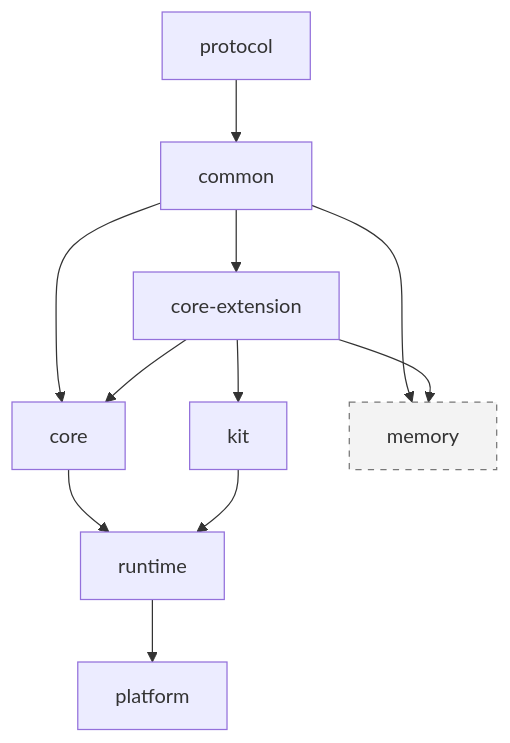
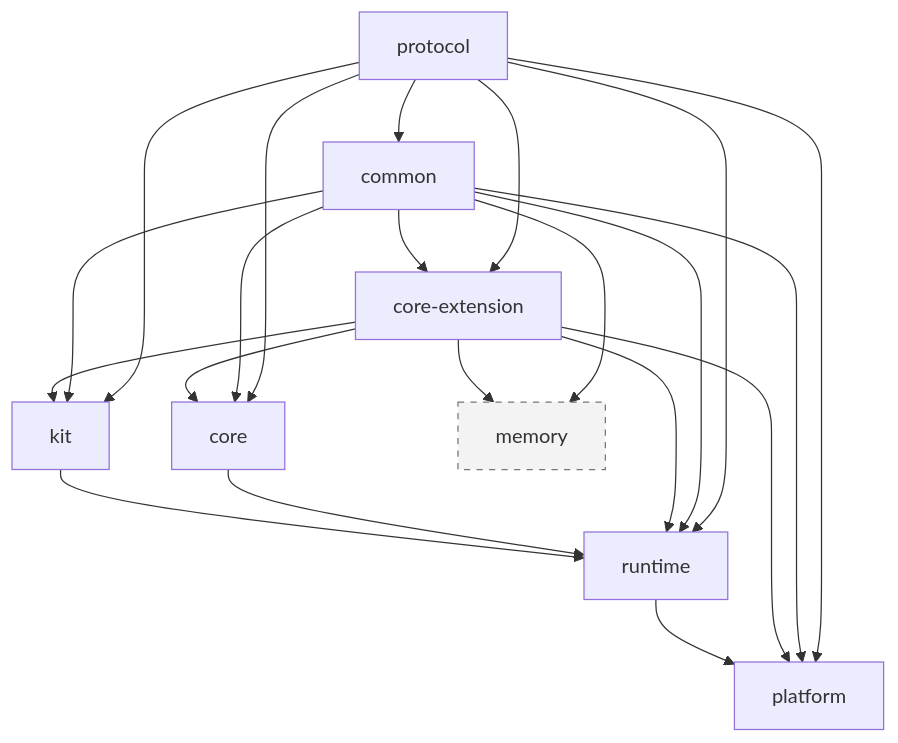
The first of 4 diagrams in docs/refact/specs/2026-07-28-apex-agent-backend-refactoring-design.md (gemo12123/apex-agent), drawn with Mermaid before and after one commit. The commit also changed other lines of this file and 24 other files, not shown here.

````diff
--- a/docs/refact/specs/2026-07-28-apex-agent-backend-refactoring-design.md
+++ b/docs/refact/specs/2026-07-28-apex-agent-backend-refactoring-design.md
@@ -119,16 +121,26 @@
 ```mermaid
 flowchart TD
     P["protocol"] --> C["common"]
-    C --> E["core-extension"]
-    C --> CO["core"]
+    P --> E["core-extension"]
+    C --> E
+    P --> CO["core"]
+    C --> CO
     E --> CO
-    E --> K["kit"]
-    CO --> R["runtime"]
+    P --> K["kit"]
+    C --> K
+    E --> K
+    P --> R["runtime"]
+    C --> R
+    E --> R
+    CO --> R
     K --> R
-    R --> PL["platform"]
+    P --> PL["platform"]
+    C --> PL
+    E --> PL
+    R --> PL
     C --> M["memory"]
     E --> M
 
     classDef sealed fill:#f3f3f3,stroke:#777,stroke-dasharray:5 5;
     class M sealed;
 ```
````
